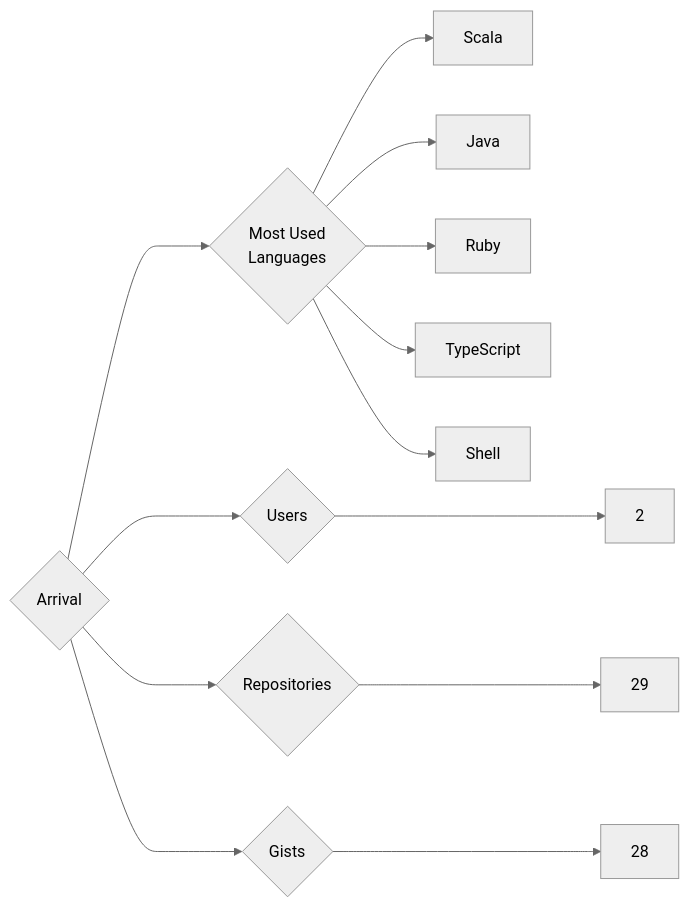
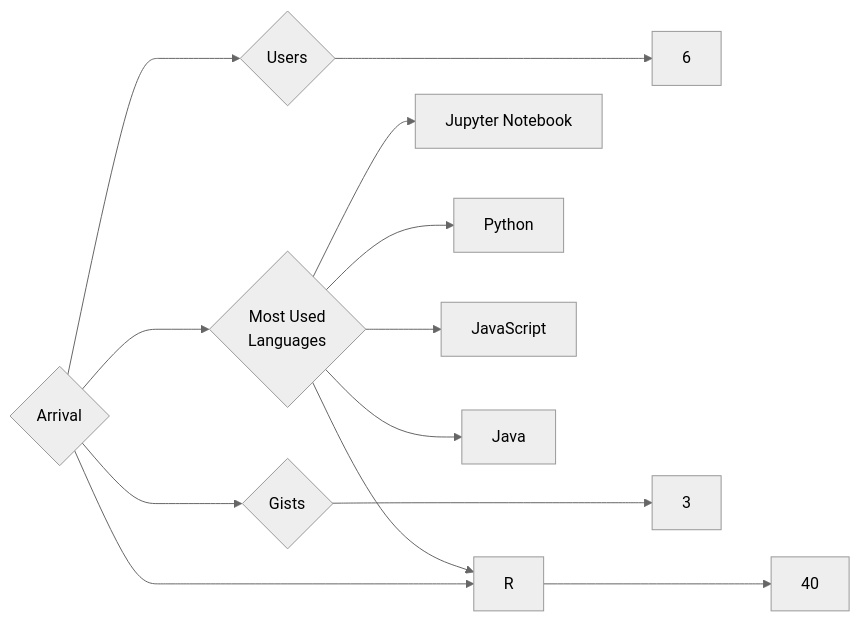
Before and after one commit to trickest/insiders: the diagram in targets/Arrival/README.md, drawn with Mermaid (neutral theme). The commit also changed 1148 other files, not shown here.

````diff
--- a/targets/Arrival/README.md
+++ b/targets/Arrival/README.md
@@ -3,13 +3,13 @@
 ```mermaid
 graph LR
 COMPANY_NAME{Arrival}
-COMPANY_NAME ---> U{Users} ---> UN[2]
-COMPANY_NAME ---> R{Repositories} ---> RN[29]
-COMPANY_NAME ---> G{Gists} ---> GN[28]
+COMPANY_NAME ---> U{Users} ---> UN[6]
+COMPANY_NAME ---> R{Repositories} ---> RN[40]
+COMPANY_NAME ---> G{Gists} ---> GN[3]
 COMPANY_NAME ---> ML{Most Used<br>Languages}
-ML --> Scala[Scala]
+ML --> Jupyter_Notebook[Jupyter Notebook]
+ML --> Python[Python]
+ML --> R[R]
+ML --> JavaScript[JavaScript]
 ML --> Java[Java]
-ML --> Ruby[Ruby]
-ML --> TypeScript[TypeScript]
-ML --> Shell[Shell]
 ```
````
